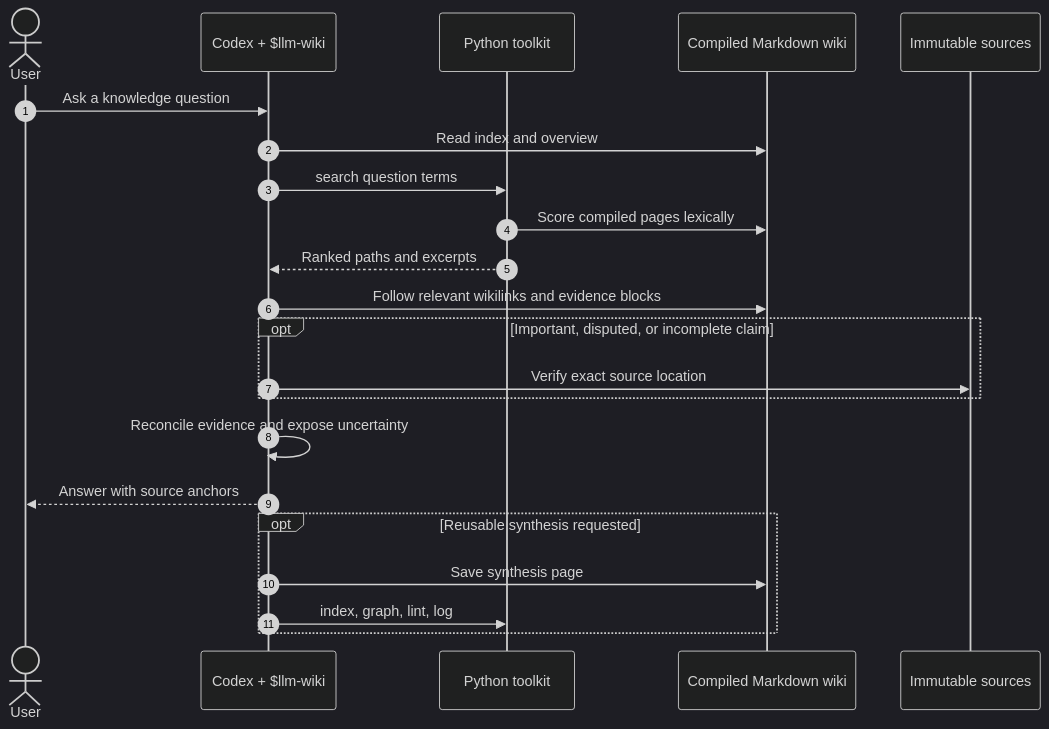
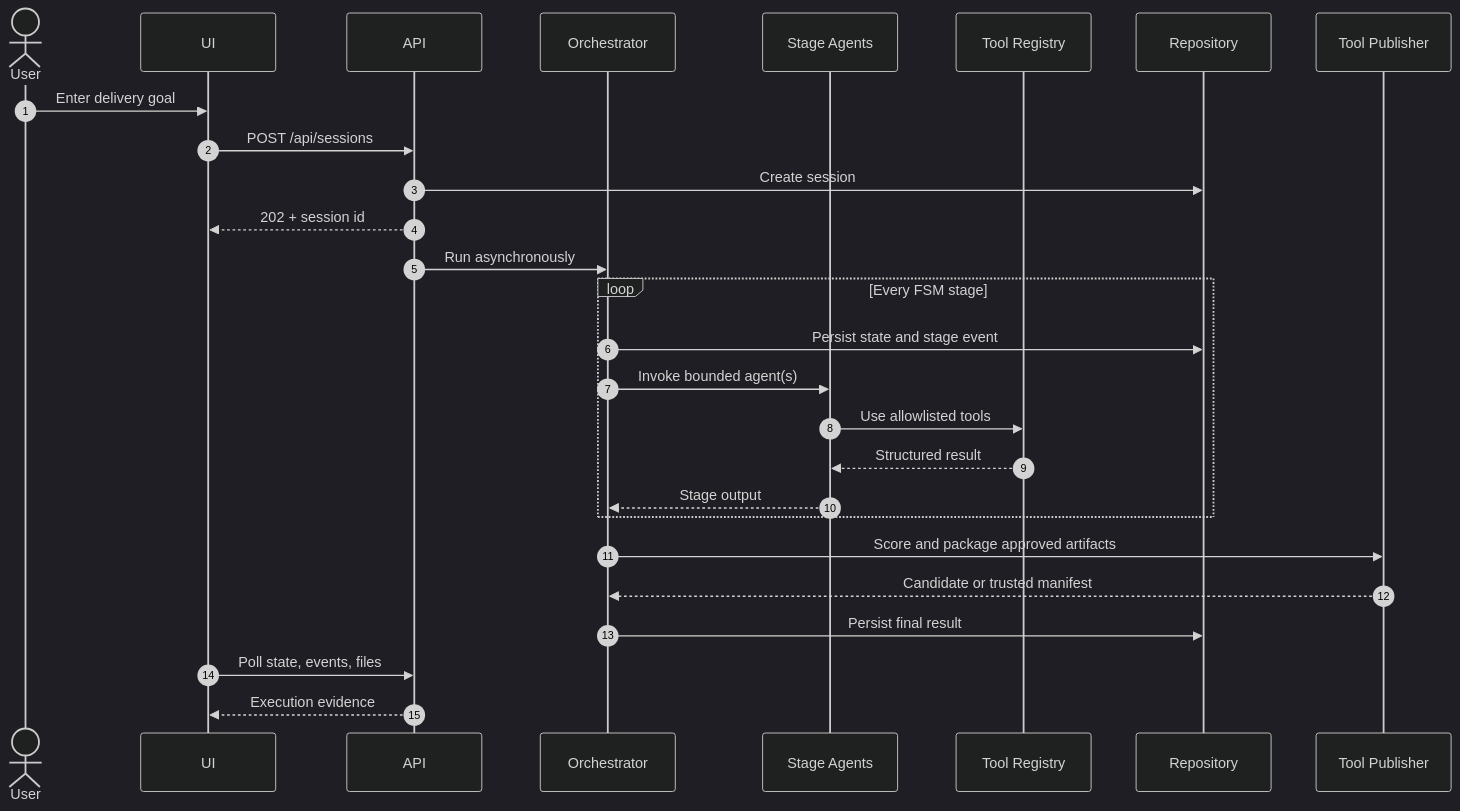
Before and after one commit to stoporkoff/llm-wiki: the fourth of 7 diagrams in docs/architecture.md, drawn with Mermaid (dark theme). The commit also changed other lines of this file and 74 other files, not shown here.

````diff
--- a/docs/architecture.md
+++ b/docs/architecture.md
@@ -201,25 +87,29 @@
 ```mermaid
 sequenceDiagram
-    autonumber
-    actor User
-    participant Agent as Codex + $llm-wiki
-    participant CLI as Python toolkit
-    participant Wiki as Compiled Markdown wiki
-    participant Raw as Immutable sources
-
-    User->>Agent: Ask a knowledge question
-    Agent->>Wiki: Read index and overview
-    Agent->>CLI: search question terms
-    CLI->>Wiki: Score compiled pages lexically
-    CLI-->>Agent: Ranked paths and excerpts
-    Agent->>Wiki: Follow relevant wikilinks and evidence blocks
-    opt Important, disputed, or incomplete claim
-        Agent->>Raw: Verify exact source location
-    end
-    Agent->>Agent: Reconcile evidence and expose uncertainty
-    Agent-->>User: Answer with source anchors
-    opt Reusable synthesis requested
-        Agent->>Wiki: Save synthesis page
-        Agent->>CLI: index, graph, lint, log
-    end
+  autonumber
+  actor User
+  participant UI
+  participant API
+  participant O as Orchestrator
+  participant A as Stage Agents
+  participant T as Tool Registry
+  participant R as Repository
+  participant P as Tool Publisher
+  User->>UI: Enter delivery goal
+  UI->>API: POST /api/sessions
+  API->>R: Create session
+  API-->>UI: 202 + session id
+  API->>O: Run asynchronously
+  loop Every FSM stage
+    O->>R: Persist state and stage event
+    O->>A: Invoke bounded agent(s)
+    A->>T: Use allowlisted tools
+    T-->>A: Structured result
+    A-->>O: Stage output
+  end
+  O->>P: Score and package approved artifacts
+  P-->>O: Candidate or trusted manifest
+  O->>R: Persist final result
+  UI->>API: Poll state, events, files
+  API-->>UI: Execution evidence
 ```
````
